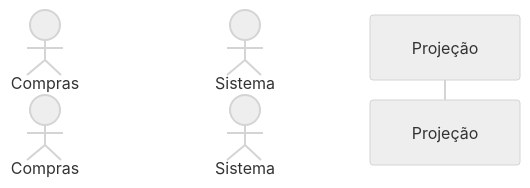
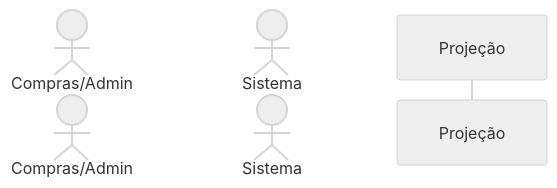
Before and after one commit to branqsMRP/SequenceDiagram: the diagram in DiagramaSequencia/Item/ProjCompras.md, drawn with Mermaid (neutral theme). The commit also changed 4 other files, not shown here.

`````diff
--- a/DiagramaSequencia/Item/ProjCompras.md
+++ b/DiagramaSequencia/Item/ProjCompras.md
@@ -1,9 +1,9 @@
 ````mermaid
 sequenceDiagram
 
 % diagrama da tela de Projeção de Compras
 
-    actor Compras
+    actor Compras/Admin
     actor Sistema
     participant P as Projeção
 ````
`````
